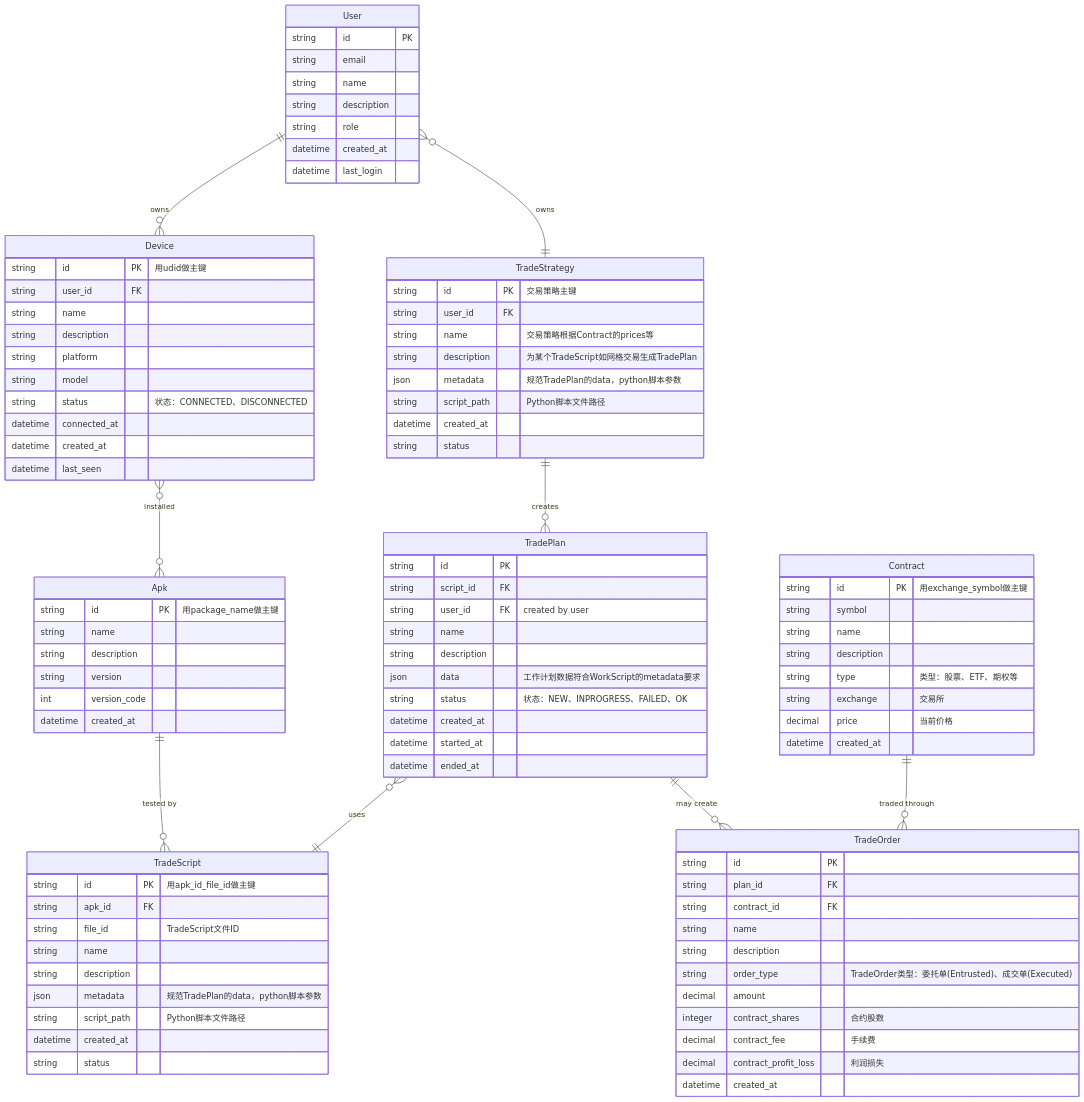
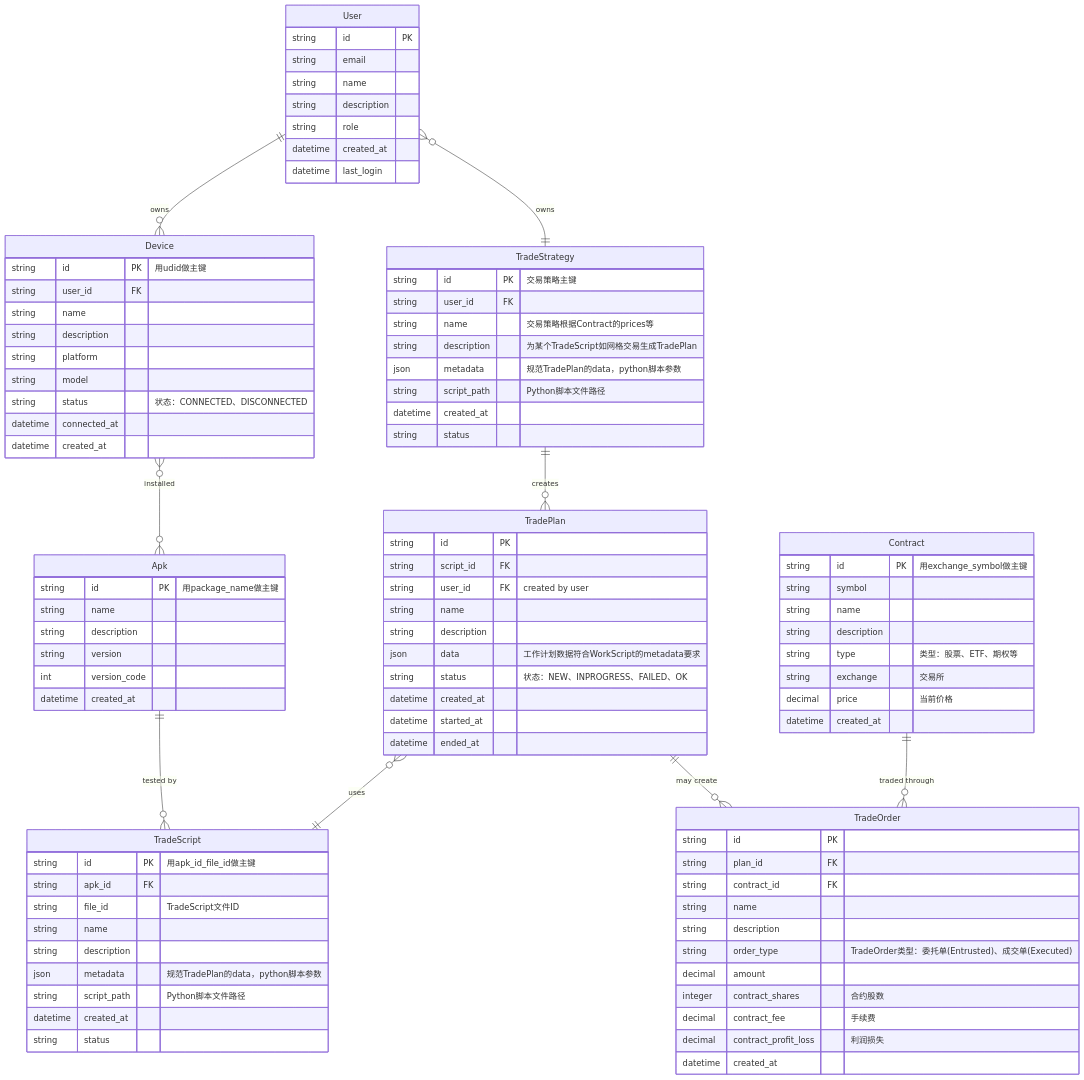
One commit to terminail/autodroid changed the diagram in autodroid-trader-server/docs/DESIGN.md. Above: the diagram before and after it, drawn with Mermaid. The commit also changed 34 other files, not shown here.

```diff
--- a/autodroid-trader-server/docs/DESIGN.md
+++ b/autodroid-trader-server/docs/DESIGN.md
@@ -206,7 +206,6 @@
         string status  "状态：CONNECTED、DISCONNECTED"
         datetime connected_at
         datetime created_at
-        datetime last_seen
     }
     
     Apk {
```
